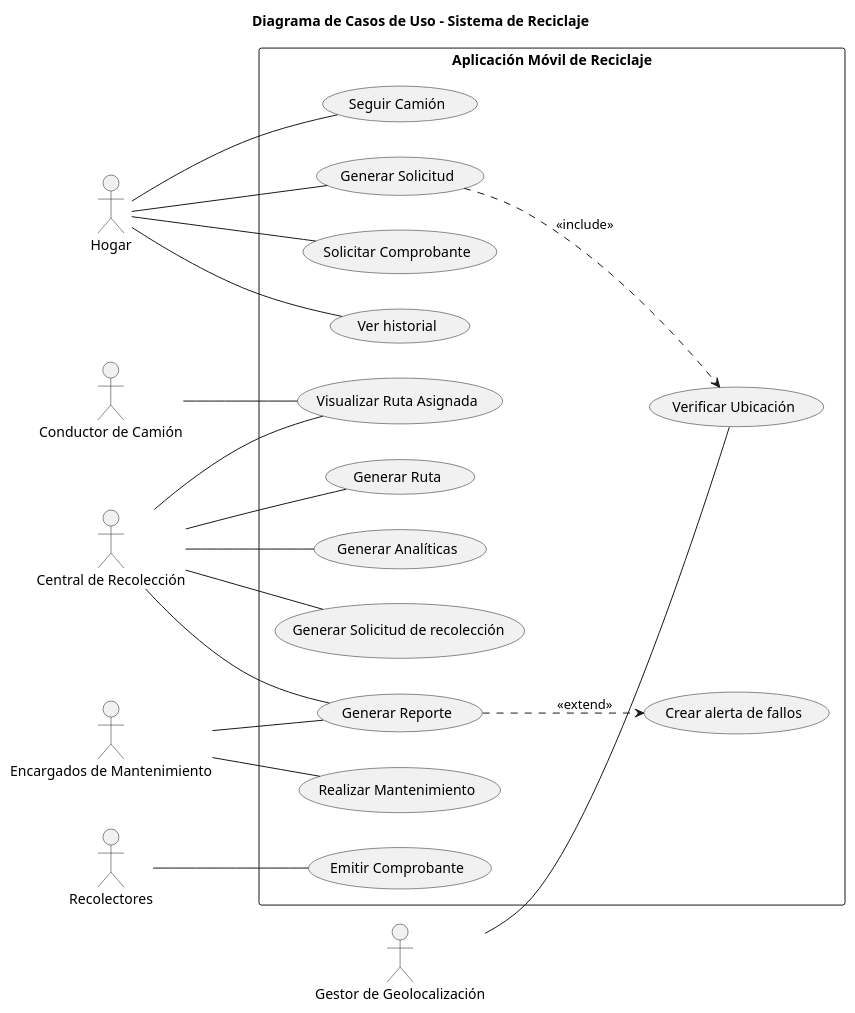
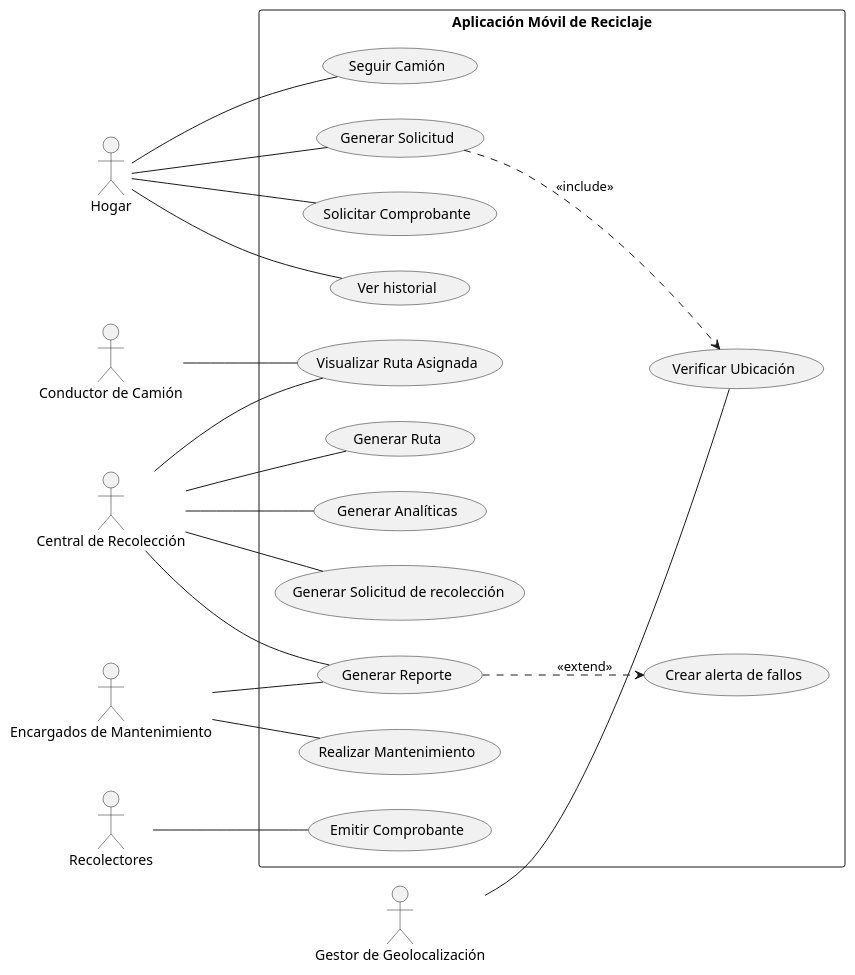
The diagram in 03_ayudantia/DiagramaCasosDeUso.puml (diss17/proyecto_is1), drawn with PlantUML before and after one commit. The commit also changed 1 other file, not shown here.

```diff
--- a/03_ayudantia/DiagramaCasosDeUso.puml
+++ b/03_ayudantia/DiagramaCasosDeUso.puml
@@ -1,74 +1,73 @@
 @startuml DiagramaCasosDeUso
 ' Título del Diagrama
-title Diagrama de Casos de Uso - Sistema de Reciclaje
 skinparam titleAlignment center
 
 ' Dirección principal del flujo
 left to right direction
 
 ' --- Actores ---
 actor "Hogar" as hogar
 actor "Conductor de Camión" as conductor
 actor "Gestor de Geolocalización" as gps
 actor "Central de Recolección" as central
 actor "Recolectores" as recolectores
 actor "Encargados de Mantenimiento" as mantenimiento
 
 ' --- Contenedor del Sistema ---
 rectangle "Aplicación Móvil de Reciclaje" {
 
   ' -- Casos de Uso Hogar --
   usecase "Generar Solicitud" as UC1
   usecase "Solicitar Comprobante" as UC2
   usecase "Ver historial" as UC3
   
   ' CAMBIO: Caso específico para el Hogar (RF5)
   usecase "Seguir Camión" as UC_Seguimiento 
 
   ' -- Servicio Externo --
   usecase "Verificar Ubicación" as UC5
 
   ' -- Casos de Uso Central / Operaciones --
   usecase "Generar Analíticas" as UC6
   usecase "Generar Solicitud de recolección" as UC7
   usecase "Generar Ruta" as UC8
   
   ' CAMBIO: Caso específico para Conductor/Central (RF4)
   usecase "Visualizar Ruta Asignada" as UC_VisualizarRuta 
 
   usecase "Generar Reporte" as UC9
   usecase "Crear alerta de fallos" as UC10
   
   ' -- Casos de Uso Recolectores/Mantenimiento --
   usecase "Emitir Comprobante" as UC11
   usecase "Realizar Mantenimiento" as UC12
 } 
 
 ' --- Relaciones de Actores ---
 ' Hogar
 hogar -- UC1
 hogar -- UC2
 hogar -- UC3
 hogar -- UC_Seguimiento
 
 ' Conductor
 conductor -- UC_VisualizarRuta
 
 ' Central 
 central -- UC6
 central -- UC7
 central -- UC8
 central -- UC_VisualizarRuta
 central -- UC9
 
 ' Otros Actores
 gps -- UC5
 recolectores -- UC11
 mantenimiento -- UC9
 mantenimiento -- UC12
 
 ' --- Relaciones Internas (Include/Extend) ---
 UC1 ..> UC5 : <<include>>
 UC9 ..> UC10 : <<extend>>
 
 @enduml
```
